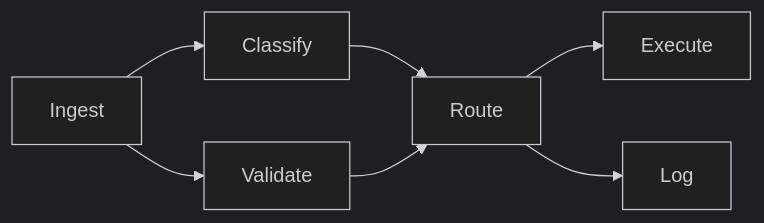
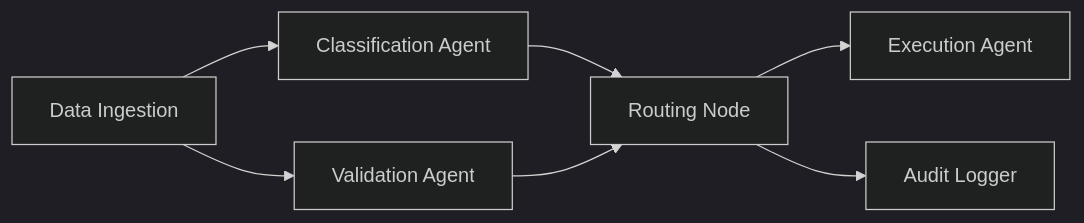
One commit to ppiiyo/AgentForge44 changed the first of 2 diagrams in README.md. Above: the diagram before and after it, drawn with Mermaid (dark theme). The commit also changed other lines of this file and 2 other files, not shown here.

````diff
--- a/README.md
+++ b/README.md
@@ -59,9 +87,9 @@
 ```mermaid
 graph LR
-    A[Ingest] --> B[Classify]
-    A --> C[Validate]
-    B --> D[Route]
+    A[Data Ingestion] --> B[Classification Agent]
+    A --> C[Validation Agent]
+    B --> D[Routing Node]
     C --> D
-    D --> E[Execute]
-    D --> F[Log]
+    D --> E[Execution Agent]
+    D --> F[Audit Logger]
 ```
````
